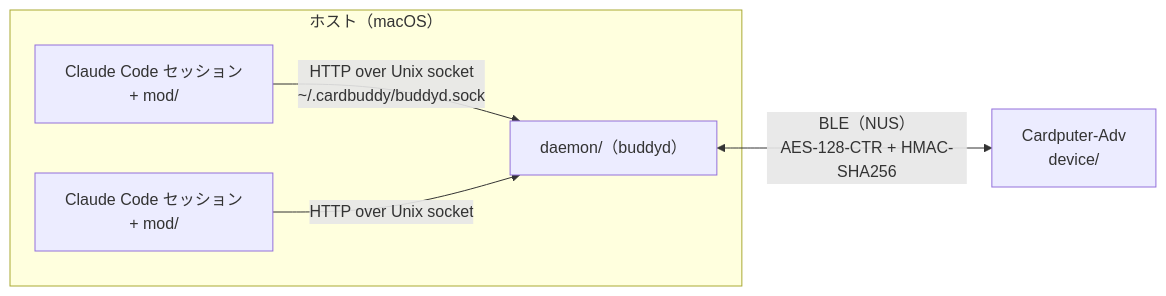
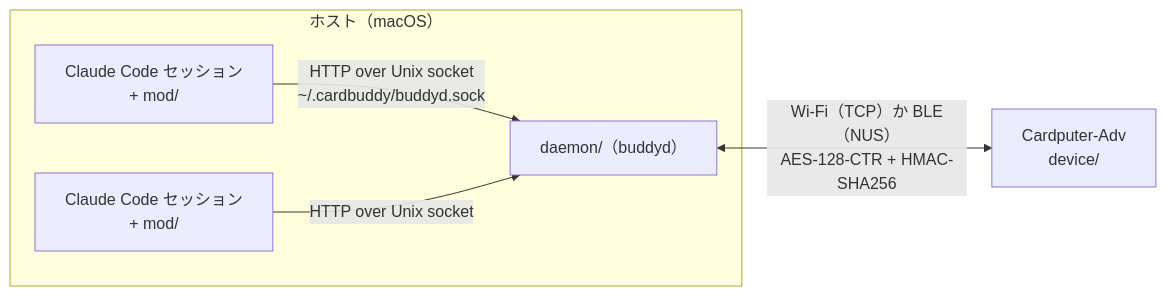
One commit to sohsatoh/cardputer-cli-buddy changed the diagram in README.ja.md. Above: the diagram before and after it, drawn with Mermaid. The commit also changed other lines of this file and 36 other files, not shown here.

````diff
--- a/README.ja.md
+++ b/README.ja.md
@@ -18,12 +19,12 @@
 ```mermaid
 flowchart LR
   subgraph host["ホスト（macOS）"]
     cc1["Claude Code セッション<br>+ mod/"]
     cc2["Claude Code セッション<br>+ mod/"]
     d["daemon/（buddyd）"]
   end
   dev["Cardputer-Adv<br>device/"]
   cc1 -- "HTTP over Unix socket<br>~/.cardbuddy/buddyd.sock" --> d
   cc2 -- "HTTP over Unix socket" --> d
-  d <-- "BLE（NUS）<br>AES-128-CTR + HMAC-SHA256" --> dev
+  d <-- "Wi-Fi（TCP）か BLE（NUS）<br>AES-128-CTR + HMAC-SHA256" --> dev
 ```
````
